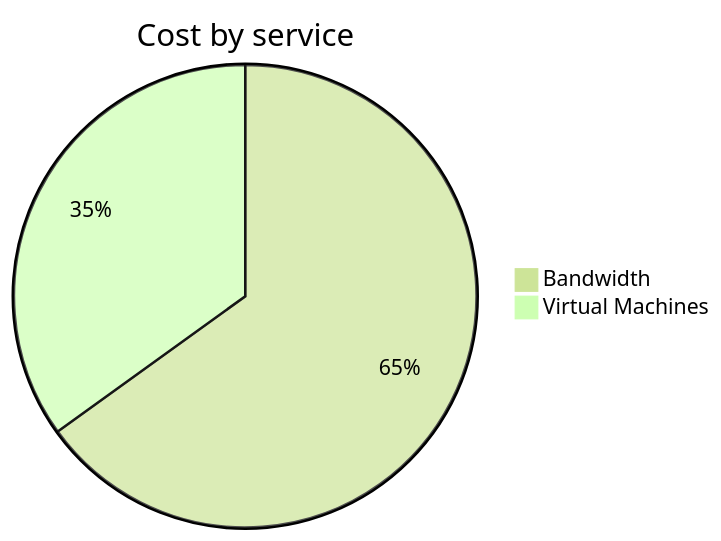
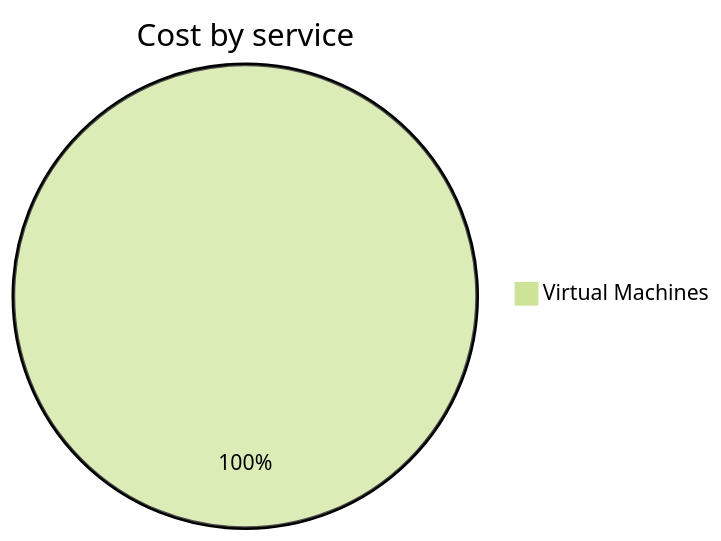
One commit to jpfulton/azure-personal-reports changed the second of 4 diagrams in cost-reports/personal-network/vpn-server.md. Above: the diagram before and after it, drawn with Mermaid (forest theme). The commit also changed other lines of this file and 9 other files, not shown here.

````diff
--- a/cost-reports/personal-network/vpn-server.md
+++ b/cost-reports/personal-network/vpn-server.md
@@ -66,6 +95,5 @@
 ```mermaid
 pie
    title Cost by service
-   "Bandwidth" : 4.97
-   "Virtual Machines" : 2.67
+   "Virtual Machines" : 0.04
 ```
````
